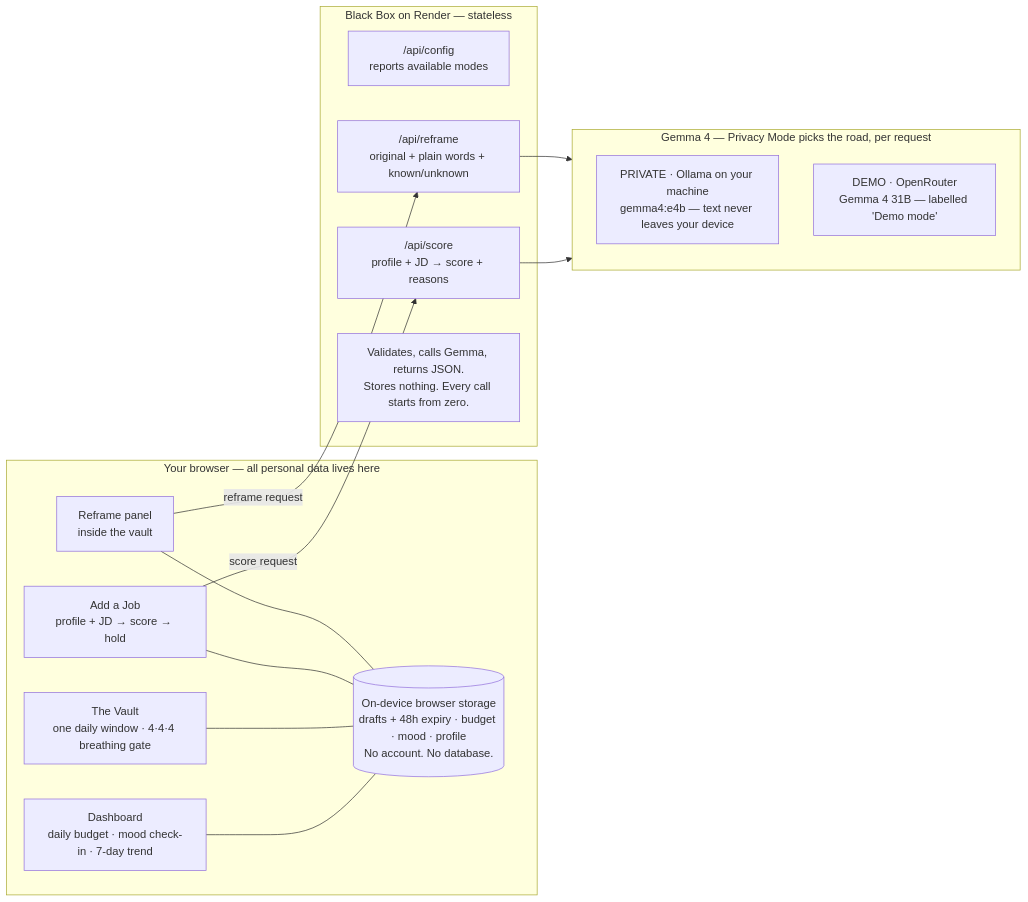
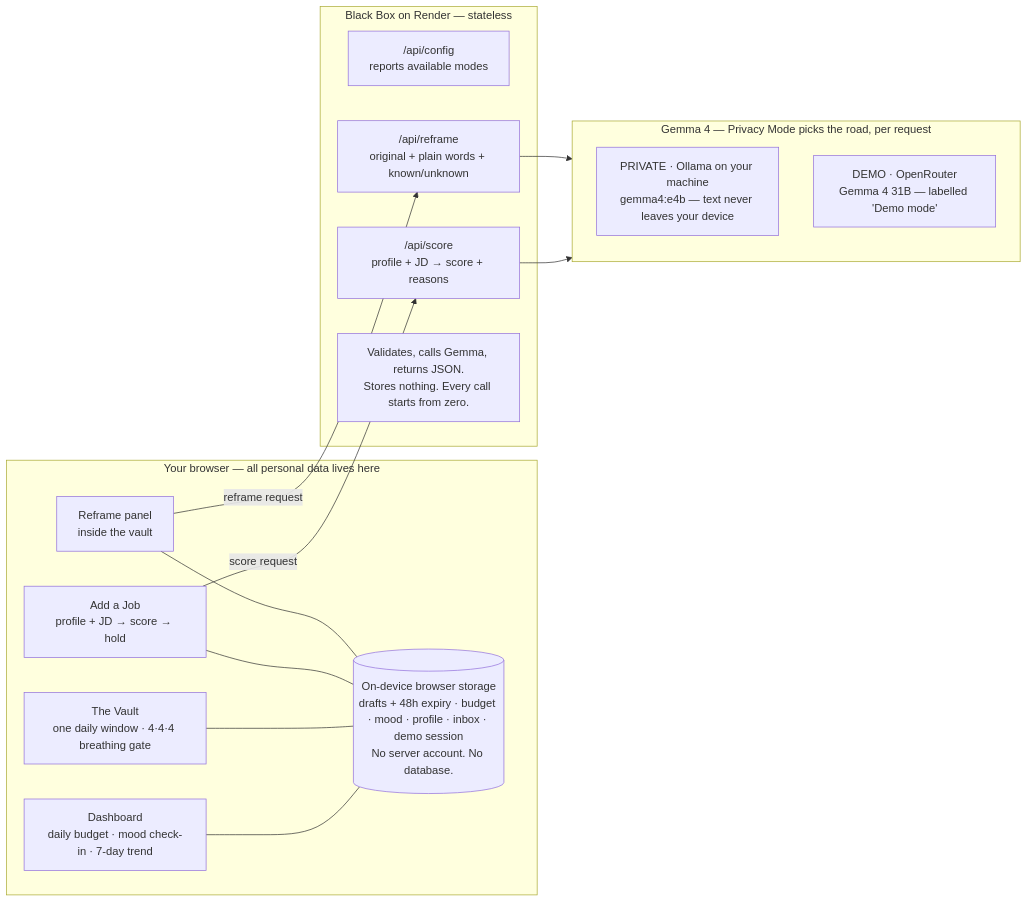
The first of 2 diagrams in docs/architecture.md (Mike-Demo/black-box), drawn with Mermaid before and after one commit. The commit also changed other lines of this file and 22 other files, not shown here.

````diff
--- a/docs/architecture.md
+++ b/docs/architecture.md
@@ -6,31 +6,31 @@
 ```mermaid
 flowchart LR
   subgraph Browser["Your browser — all personal data lives here"]
     Dash["Dashboard<br/>daily budget · mood check-in · 7-day trend"]
     Vault["The Vault<br/>one daily window · 4·4·4 breathing gate"]
     AddJob["Add a Job<br/>profile + JD → score → hold"]
     Reframe["Reframe panel<br/>inside the vault"]
-    Store[("On-device browser storage<br/>drafts + 48h expiry · budget · mood · profile<br/>No account. No database.")]
+    Store[("On-device browser storage<br/>drafts + 48h expiry · budget · mood · profile · inbox · demo session<br/>No server account. No database.")]
     Dash --- Store
     Vault --- Store
     AddJob --- Store
     Reframe --- Store
   end
 
   subgraph Render["Black Box on Render — stateless"]
     Config["/api/config<br/>reports available modes"]
     ScoreAPI["/api/score<br/>profile + JD → score + reasons"]
     ReframeAPI["/api/reframe<br/>original + plain words + known/unknown"]
     Note["Validates, calls Gemma, returns JSON.<br/>Stores nothing. Every call starts from zero."]
   end
 
   subgraph Gemma["Gemma 4 — Privacy Mode picks the road, per request"]
     Local["PRIVATE · Ollama on your machine<br/>gemma4:e4b — text never leaves your device"]
     Hosted["DEMO · OpenRouter<br/>Gemma 4 31B — labelled 'Demo mode'"]
   end
 
   AddJob -->|score request| ScoreAPI
   Reframe -->|reframe request| ReframeAPI
   ScoreAPI --> Gemma
   ReframeAPI --> Gemma
 ```
````
